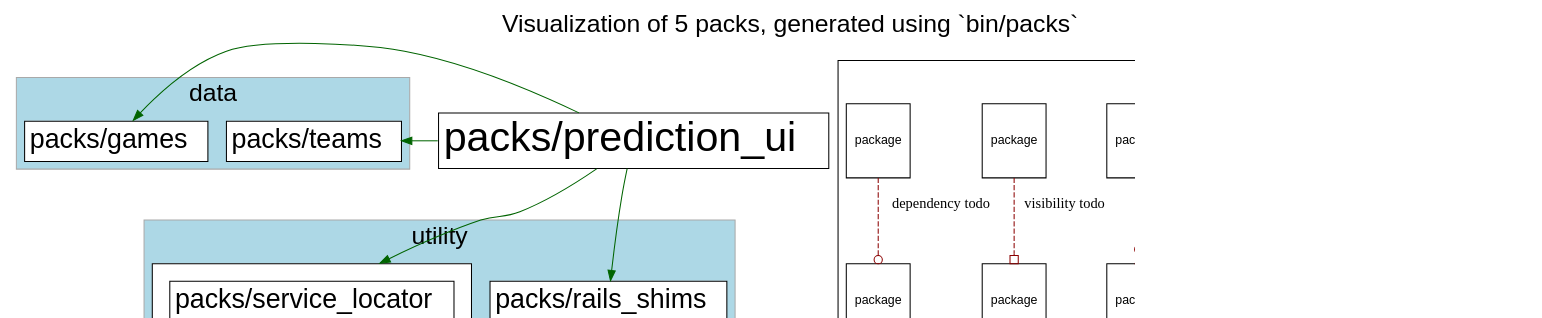
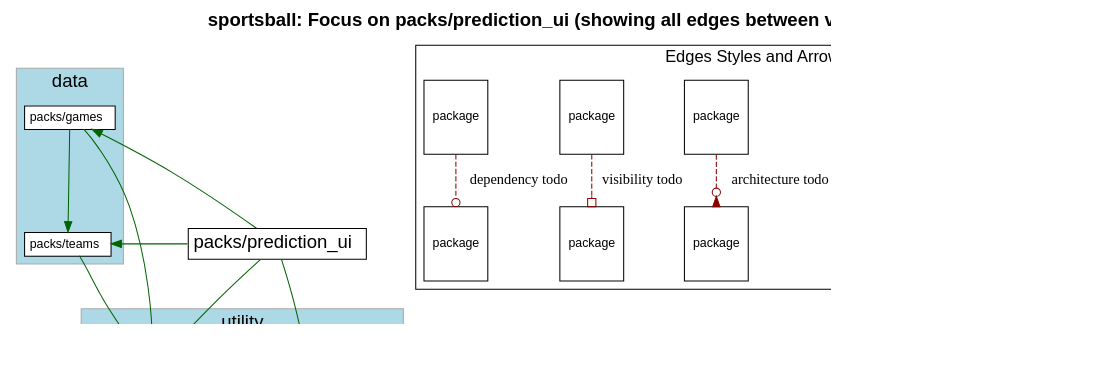
Before and after one commit to shageman/package-based-rails-applications-book: the diagram in c5s08/sportsball/packs/prediction_ui/packs.dot, drawn with Graphviz. The commit also changed 3077 other files, not shown here.

Commit message:
Better graphs from updated visualize_packwerk

```diff
--- a/c5s08/sportsball/packs/prediction_ui/packs.dot
+++ b/c5s08/sportsball/packs/prediction_ui/packs.dot
@@ -1,181 +1,146 @@
 digraph package_diagram {
   rankdir=TD
-
   graph [
     labelloc="t"
     fontname="Helvetica,Arial,sans-serif"
     dpi=100
     layout=dot
-    label="Visualization of 5 packs, generated using `bin/packs`",
-    fontsize=24
+    label=<<b>sportsball: Focus on packs/prediction_ui (showing all edges between visible packs)</b>>
+    fontsize=18
   ]
   node [
     fontname="Helvetica,Arial,sans-serif"
     fontsize=26.0
     fontcolor=black
     fillcolor=white
     color=black
     height=1.0
     style=filled
     shape=plain
   ]
-
     subgraph app {
       shape=box
       color=darkgrey
       fillcolor=lightblue
       style=filled
-
         label="app"
         cluster=true
-        rank = 0
-
-    }
+        rank = 0    }
     subgraph UI {
       shape=box
       color=darkgrey
       fillcolor=lightblue
       style=filled
-
         label="UI"
         cluster=true
-        rank = 1
-
-    }
+        rank = 1    }
     subgraph data {
       shape=box
       color=darkgrey
       fillcolor=lightblue
       style=filled
-
         label="data"
         cluster=true
-        rank = 2
-
-        "packs/games" [
-            fontsize=26.0
-              URL="https://github.com/shageman/package-based-rails-applications-book/tree/main/c4s07/sportsball/packs/games"
-            label=               <
+        rank = 2        "packs/games" [
+            fontsize=12.0
+            label= <
                 <table border='0' cellborder='1' cellspacing='0' cellpadding='4'>
                   <tr> <td align='left'> packs/games </td> </tr>
                 </table>
               >
           ]
-
+        
         "packs/teams" [
-            fontsize=26.0
-              URL="https://github.com/shageman/package-based-rails-applications-book/tree/main/c4s07/sportsball/packs/teams"
-            label=               <
+            fontsize=12.0
+            label= <
                 <table border='0' cellborder='1' cellspacing='0' cellpadding='4'>
                   <tr> <td align='left'> packs/teams </td> </tr>
                 </table>
               >
           ]
-
+        
     }
     subgraph utility {
       shape=box
       color=darkgrey
       fillcolor=lightblue
       style=filled
-
         label="utility"
         cluster=true
-        rank = 3
-
-        "packs/rails_shims" [
-            fontsize=26.0
-              URL="https://github.com/shageman/package-based-rails-applications-book/tree/main/c4s07/sportsball/packs/rails_shims"
-            label=               <
+        rank = 3        "packs/rails_shims" [
+            fontsize=12.0
+            label= <
                 <table border='0' cellborder='1' cellspacing='0' cellpadding='4'>
                   <tr> <td align='left'> packs/rails_shims </td> </tr>
                 </table>
               >
           ]
-
-                "packs/games" -> "packs/rails_shims" [
-                  style=invis
-                ]
-                "packs/teams" -> "packs/rails_shims" [
-                  style=invis
-                ]
+        
         "packs/service_locator" [
-            fontsize=26.0
-              URL="https://github.com/shageman/package-based-rails-applications-book/tree/main/c4s07/sportsball/packs/service_locator"
-            label= 
-              <
+            fontsize=12.0
+            label= <
                 <table border='0' cellborder='1' cellspacing='0' cellpadding='16'><tr><td>
                   <table border='0' cellborder='1' cellspacing='0' cellpadding='4'>
                     <tr> <td port='private'> packs/service_locator </td> </tr>
                   </table>
                 </td></tr></table>
               >
           ]
-
-                "packs/games" -> "packs/service_locator" [
-                  style=invis
-                ]
-                "packs/teams" -> "packs/service_locator" [
-                  style=invis
-                ]
+        
     }
+              "packs/games" -> "packs/rails_shims" [ style=invis ]
+              "packs/teams" -> "packs/rails_shims" [ style=invis ]
+              "packs/games" -> "packs/service_locator" [ style=invis ]
+              "packs/teams" -> "packs/service_locator" [ style=invis ]
     subgraph NotInLayer {
       shape=box
       color=darkgrey
       fillcolor=lightblue
       style=filled
-
-
+        cluster=false
         "packs/prediction_ui" [
-            fontsize=40.0
-              URL="https://github.com/shageman/package-based-rails-applications-book/tree/main/c4s07/sportsball/packs/prediction_ui"
-            label=               <
+            fontsize=18.0
+            label= <
                 <table border='0' cellborder='1' cellspacing='0' cellpadding='4'>
                   <tr> <td align='left'> packs/prediction_ui </td> </tr>
                 </table>
               >
           ]
-
-                "packs/rails_shims" -> "packs/prediction_ui" [
-                  style=invis
-                ]
-                "packs/service_locator" -> "packs/prediction_ui" [
-                  style=invis
-                ]
+        
     }
-
-          "packs/prediction_ui" -> "packs/games" [
-            color=darkgreen
-          ]
-          "packs/prediction_ui" -> "packs/rails_shims" [
-            color=darkgreen
-          ]
-          "packs/prediction_ui" -> "packs/teams" [
-            color=darkgreen
-          ]
-          "packs/prediction_ui" -> "packs/service_locator" [
-            color=darkgreen
-          ]
-
-
+              "packs/rails_shims" -> "packs/prediction_ui" [ style=invis ]
+              "packs/service_locator" -> "packs/prediction_ui" [ style=invis ]
+          "packs/prediction_ui" -> "packs/games" [ color=darkgreen ]
+          "packs/prediction_ui" -> "packs/rails_shims" [ color=darkgreen ]
+          "packs/prediction_ui" -> "packs/teams" [ color=darkgreen ]
+          "packs/prediction_ui" -> "packs/service_locator" [ color=darkgreen ]
+          "packs/games" -> "packs/rails_shims" [ color=darkgreen ]
+          "packs/games" -> "packs/teams" [ color=darkgreen ]
+          "packs/teams" -> "packs/rails_shims" [ color=darkgreen ]
   subgraph cluster_legend {
-    label="Legend"
-
+    fontsize=16
+    label="Edges Styles and Arrow Heads"
     A [ fontsize=12 shape=box label="package"]
     B [ fontsize=12 shape=box label="package"]
     C [ fontsize=12 shape=box label="package"]
     D [ fontsize=12 shape=box label="package"]
     E [ fontsize=12 shape=box label="package"]
     F [ fontsize=12 shape=box label="package"]
     G [ fontsize=12 shape=box label="package"]
     H [ fontsize=12 shape=box label="package"]
     I [ fontsize=12 shape=box label="package"]
     J [ fontsize=12 shape=box label="package"]
-
     A -> B [label="accepted dependency" color=darkgreen]
     C -> D [label="privac todo" color=darkred style=dashed arrowhead=crow]
     E -> F [label="architecture todo" color=darkred style=dashed arrowhead=invodot]
     G -> H [label="visibility todo" color=darkred style=dashed arrowhead=obox]
     I -> J [label="dependency todo" color=darkred style=dashed arrowhead=odot]
   }
+  subgraph cluster_teams_legend {
+    fontsize=16
+    label="Team Colors"
+
+
+  }
+  J -> "" [style=invis]
 }
```
